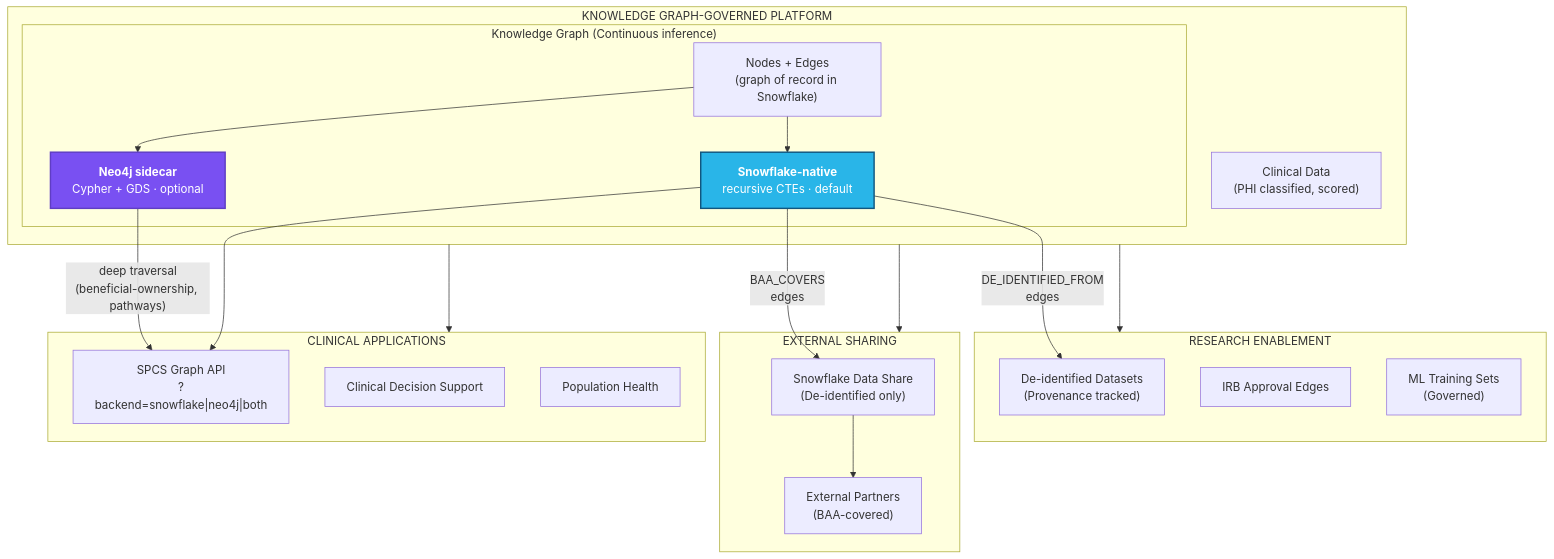
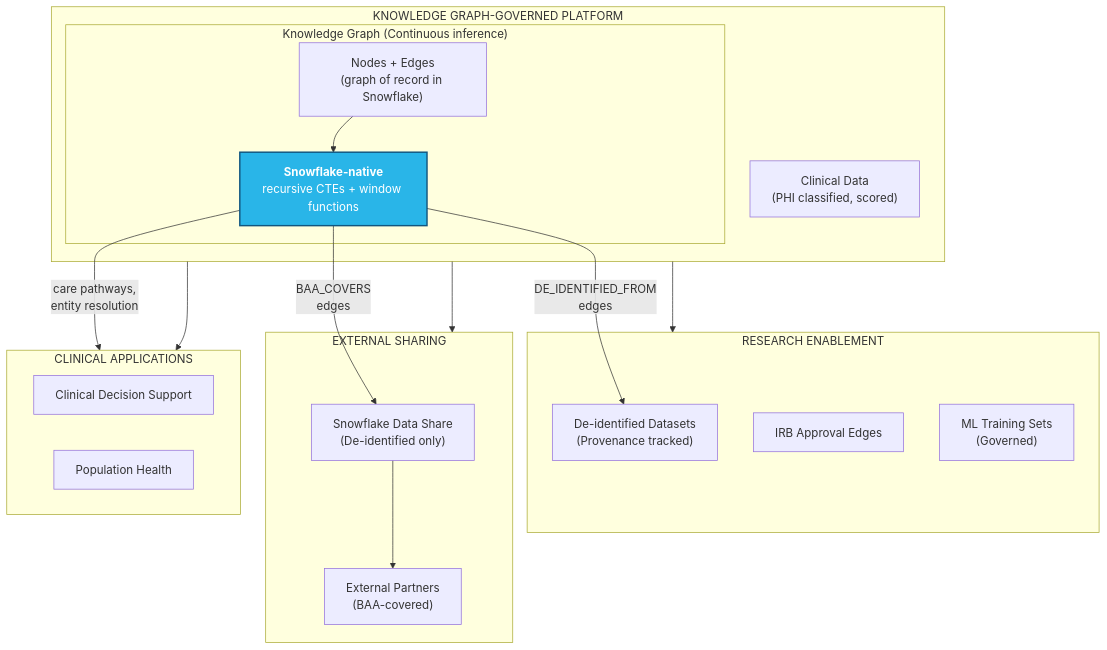
The third of 3 diagrams in industry-demos/hcls/ARCHITECTURE_STRATEGY.md (sfc-gh-smitchener-1/snowflake-dca-fullstack-demo), drawn with Mermaid before and after one commit. The commit also changed other lines of this file and 149 other files, not shown here.

````diff
--- a/industry-demos/hcls/ARCHITECTURE_STRATEGY.md
+++ b/industry-demos/hcls/ARCHITECTURE_STRATEGY.md
@@ -87,40 +80,34 @@
 ```mermaid
 flowchart TB
     subgraph GOVERNED["KNOWLEDGE GRAPH-GOVERNED PLATFORM"]
         CLINICAL["Clinical Data<br/>(PHI classified, scored)"]
         subgraph KG["Knowledge Graph (Continuous inference)"]
             NODES["Nodes + Edges<br/>(graph of record in Snowflake)"]
-            SF_ENG["<b>Snowflake-native</b><br/>recursive CTEs · default"]
-            NEO_ENG["<b>Neo4j sidecar</b><br/>Cypher + GDS · optional"]
+            SF_ENG["<b>Snowflake-native</b><br/>recursive CTEs + window functions"]
         end
     end
     subgraph RESEARCH["RESEARCH ENABLEMENT"]
         DEID["De-identified Datasets<br/>(Provenance tracked)"]
         IRB["IRB Approval Edges"]
         ML["ML Training Sets<br/>(Governed)"]
     end
     subgraph EXTERNAL["EXTERNAL SHARING"]
         SHARE["Snowflake Data Share<br/>(De-identified only)"]
         PARTNERS["External Partners<br/>(BAA-covered)"]
     end
     subgraph APPS["CLINICAL APPLICATIONS"]
-        SPCS["SPCS Graph API<br/>?backend=snowflake|neo4j|both"]
         CDS["Clinical Decision Support"]
         POP["Population Health"]
     end
     NODES --> SF_ENG
-    NODES --> NEO_ENG
     SF_ENG -->|"DE_IDENTIFIED_FROM<br/>edges"| DEID
     SF_ENG -->|"BAA_COVERS<br/>edges"| SHARE
-    NEO_ENG -->|"deep traversal<br/>(beneficial-ownership, pathways)"| SPCS
-    SF_ENG --> SPCS
+    SF_ENG -->|"care pathways,<br/>entity resolution"| APPS
     GOVERNED --> RESEARCH
     GOVERNED --> EXTERNAL
     GOVERNED --> APPS
     SHARE --> PARTNERS
 
     classDef snowflake fill:#29B5E8,stroke:#11567F,color:#fff,stroke-width:2px
-    classDef graphdb fill:#7950F2,stroke:#5F3DC4,color:#fff,stroke-width:2px
     class SF_ENG snowflake
-    class NEO_ENG graphdb
 ```
````
